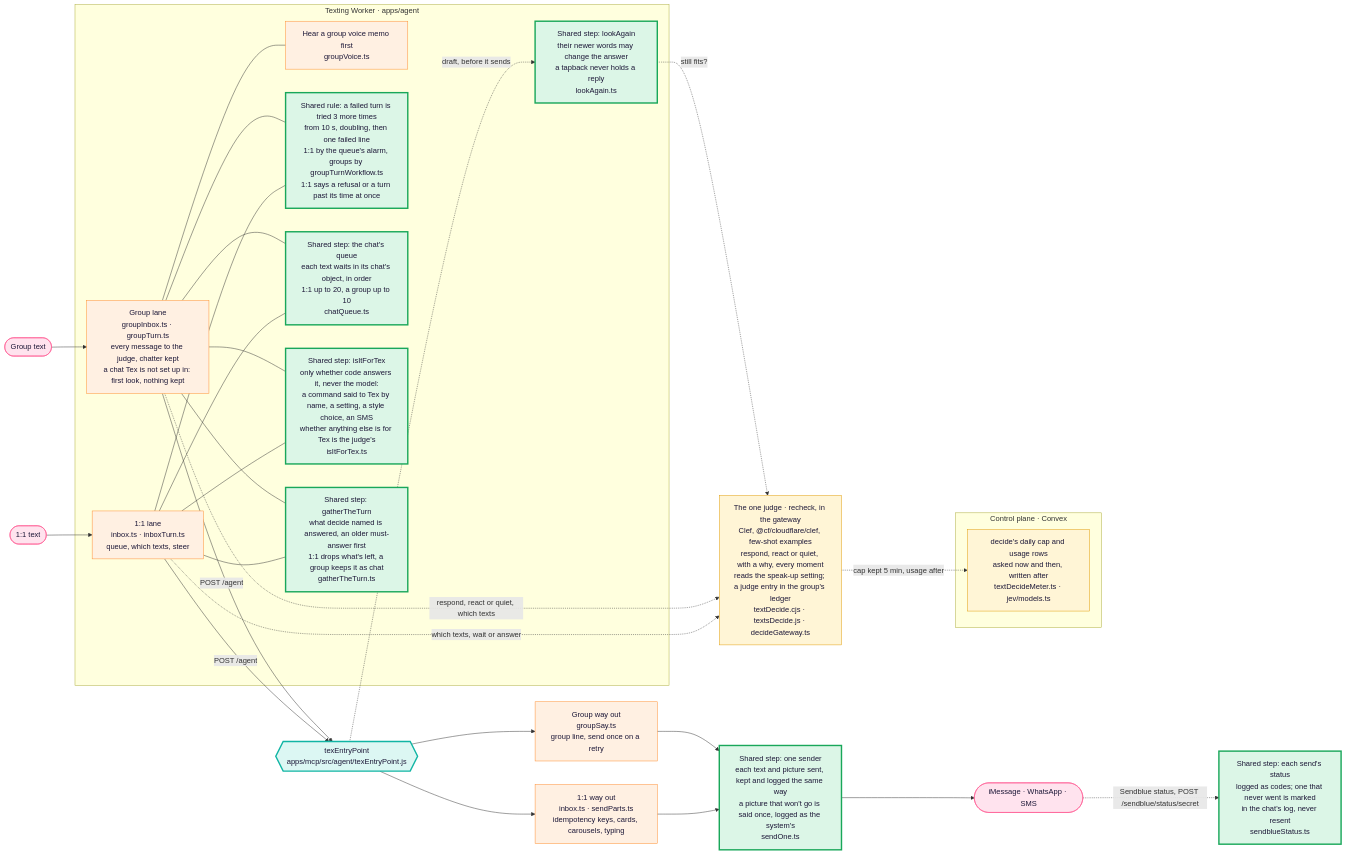
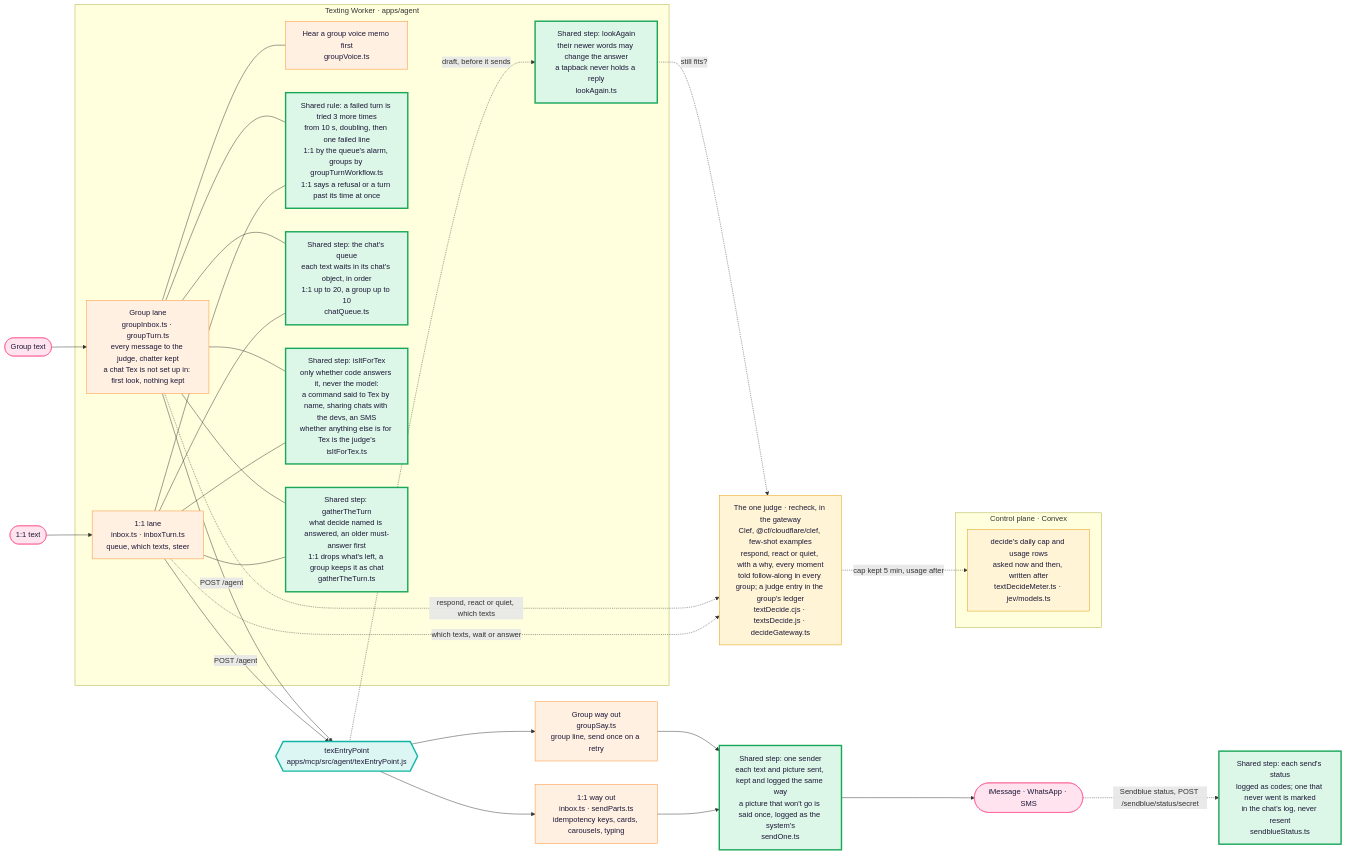
Before and after one commit to Supa-Media/context: the first of 3 diagrams in docs/architecture/tex.md, drawn with Mermaid. The commit also changed other lines of this file and 41 other files, not shown here.

````diff
--- a/docs/architecture/tex.md
+++ b/docs/architecture/tex.md
@@ -22,47 +22,47 @@
 ```mermaid
 flowchart LR
   P1([1:1 text]):::you --> W1
   P2([Group text]):::you --> W2
   subgraph Worker["Texting Worker · apps/agent"]
     W1["1:1 lane<br/>inbox.ts · inboxTurn.ts<br/>queue, which texts, steer"]:::pipe
     W2["Group lane<br/>groupInbox.ts · groupTurn.ts<br/>every message to the judge, chatter kept<br/>a chat Tex is not set up in: first look, nothing kept"]:::pipe
     H["Hear a group voice memo first<br/>groupVoice.ts"]:::pipe
     W2 --- H
     LA["Shared step: lookAgain<br/>their newer words may change the answer<br/>a tapback never holds a reply<br/>lookAgain.ts"]:::shared
     RT["Shared rule: a failed turn is tried 3 more times<br/>from 10 s, doubling, then one failed line<br/>1:1 by the queue's alarm, groups by groupTurnWorkflow.ts<br/>1:1 says a refusal or a turn past its time at once"]:::shared
     W1 --- RT
     W2 --- RT
     Q["Shared step: the chat's queue<br/>each text waits in its chat's object, in order<br/>1:1 up to 20, a group up to 10<br/>chatQueue.ts"]:::shared
     W1 --- Q
     W2 --- Q
-    FT["Shared step: isItForTex<br/>only whether code answers it, never the model:<br/>a command said to Tex by name, a setting, a style choice, an SMS<br/>whether anything else is for Tex is the judge's<br/>isItForTex.ts"]:::shared
+    FT["Shared step: isItForTex<br/>only whether code answers it, never the model:<br/>a command said to Tex by name, sharing chats with the devs, an SMS<br/>whether anything else is for Tex is the judge's<br/>isItForTex.ts"]:::shared
     W1 --- FT
     W2 --- FT
     GT["Shared step: gatherTheTurn<br/>what decide named is answered, an older must-answer first<br/>1:1 drops what's left, a group keeps it as chat<br/>gatherTheTurn.ts"]:::shared
     W1 --- GT
     W2 --- GT
   end
-  D["The one judge · recheck, in the gateway<br/>Clef, @cf/cloudflare/clef, few-shot examples<br/>respond, react or quiet, with a why, every moment<br/>reads the speak-up setting; a judge entry in the group's ledger<br/>textDecide.cjs · textsDecide.js · decideGateway.ts"]:::judge
+  D["The one judge · recheck, in the gateway<br/>Clef, @cf/cloudflare/clef, few-shot examples<br/>respond, react or quiet, with a why, every moment<br/>told follow-along in every group; a judge entry in the group's ledger<br/>textDecide.cjs · textsDecide.js · decideGateway.ts"]:::judge
   subgraph Control["Control plane · Convex"]
     CAP["decide's daily cap and usage rows<br/>asked now and then, written after<br/>textDecideMeter.ts · jev/models.ts"]:::judge
   end
   D -. cap kept 5 min, usage after .-> CAP
   W1 -. which texts, wait or answer .-> D
   W2 -. respond, react or quiet, which texts .-> D
   E -. draft, before it sends .-> LA
   LA -. still fits? .-> D
   W1 -->|POST /agent| E
   W2 -->|POST /agent| E
   E{{"texEntryPoint<br/>apps/mcp/src/agent/texEntryPoint.js"}}:::door
   E --> S1["1:1 way out<br/>inbox.ts · sendParts.ts<br/>idempotency keys, cards, carousels, typing"]:::pipe
   E --> S2["Group way out<br/>groupSay.ts<br/>group line, send once on a retry"]:::pipe
   S1 --> SO["Shared step: one sender<br/>each text and picture sent, kept and logged the same way<br/>a picture that won't go is said once, logged as the system's<br/>sendOne.ts"]:::shared
   S2 --> SO
   SO --> Out([iMessage · WhatsApp · SMS]):::you
   Out -. "Sendblue status, POST /sendblue/status/secret" .-> ST["Shared step: each send's status<br/>logged as codes; one that never went is marked<br/>in the chat's log, never resent<br/>sendblueStatus.ts"]:::shared
   classDef you fill:#ffe3ee,stroke:#ff4f8b,color:#1d1838
   classDef pipe fill:#fff0e2,stroke:#ff8a2a,color:#1d1838
   classDef door fill:#dcf7f3,stroke:#11b5a4,stroke-width:3px,color:#1d1838
   classDef judge fill:#fff5d6,stroke:#e09a00,color:#1d1838
   classDef shared fill:#dcf6e7,stroke:#19a75a,stroke-width:3px,color:#1d1838
 ```
````
